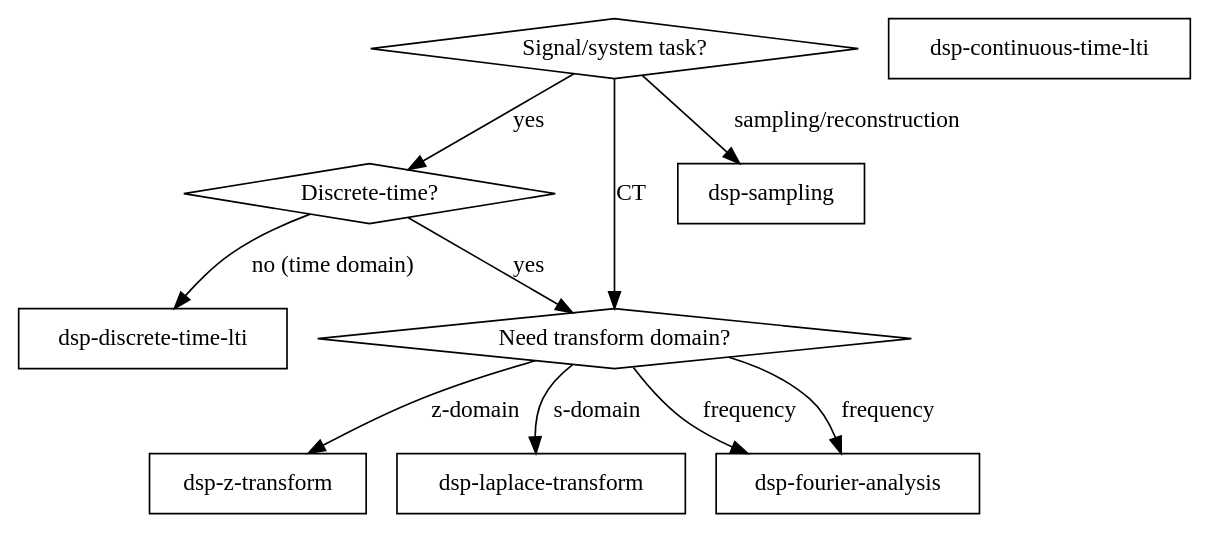
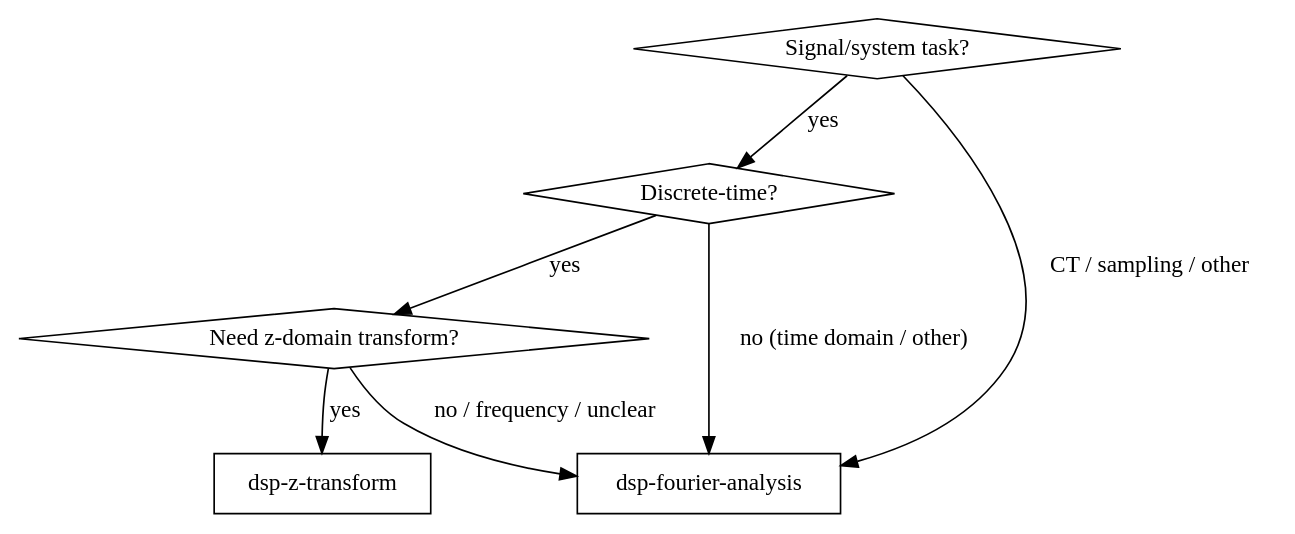
Before and after one commit to pierreaubert/all_of_sotf: the diagram in skills/dsp/dsp-problem-solving/SKILL.md, drawn with Graphviz. The commit also changed other lines of this file and 6 other files, not shown here.

````diff
--- a/skills/dsp/dsp-problem-solving/SKILL.md
+++ b/skills/dsp/dsp-problem-solving/SKILL.md
@@ -18,23 +18,16 @@
 ```dot
 digraph dsp_router {
   "Signal/system task?" [shape=diamond];
   "Discrete-time?" [shape=diamond];
-  "Need transform domain?" [shape=diamond];
-  "dsp-discrete-time-lti" [shape=box];
-  "dsp-continuous-time-lti" [shape=box];
+  "Need z-domain transform?" [shape=diamond];
   "dsp-z-transform" [shape=box];
-  "dsp-laplace-transform" [shape=box];
   "dsp-fourier-analysis" [shape=box];
-  "dsp-sampling" [shape=box];
 
   "Signal/system task?" -> "Discrete-time?" [label="yes"];
-  "Discrete-time?" -> "Need transform domain?" [label="yes"];
-  "Need transform domain?" -> "dsp-z-transform" [label="z-domain"];
-  "Need transform domain?" -> "dsp-fourier-analysis" [label="frequency"];
-  "Discrete-time?" -> "dsp-discrete-time-lti" [label="no (time domain)"];
-  "Signal/system task?" -> "Need transform domain?" [label="CT"];
-  "Need transform domain?" -> "dsp-laplace-transform" [label="s-domain"];
-  "Need transform domain?" -> "dsp-fourier-analysis" [label="frequency"];
-  "Signal/system task?" -> "dsp-sampling" [label="sampling/reconstruction"];
+  "Discrete-time?" -> "Need z-domain transform?" [label="yes"];
+  "Need z-domain transform?" -> "dsp-z-transform" [label="yes"];
+  "Need z-domain transform?" -> "dsp-fourier-analysis" [label="no / frequency / unclear"];
+  "Discrete-time?" -> "dsp-fourier-analysis" [label="no (time domain / other)"];
+  "Signal/system task?" -> "dsp-fourier-analysis" [label="CT / sampling / other"];
 }
 ```
````
